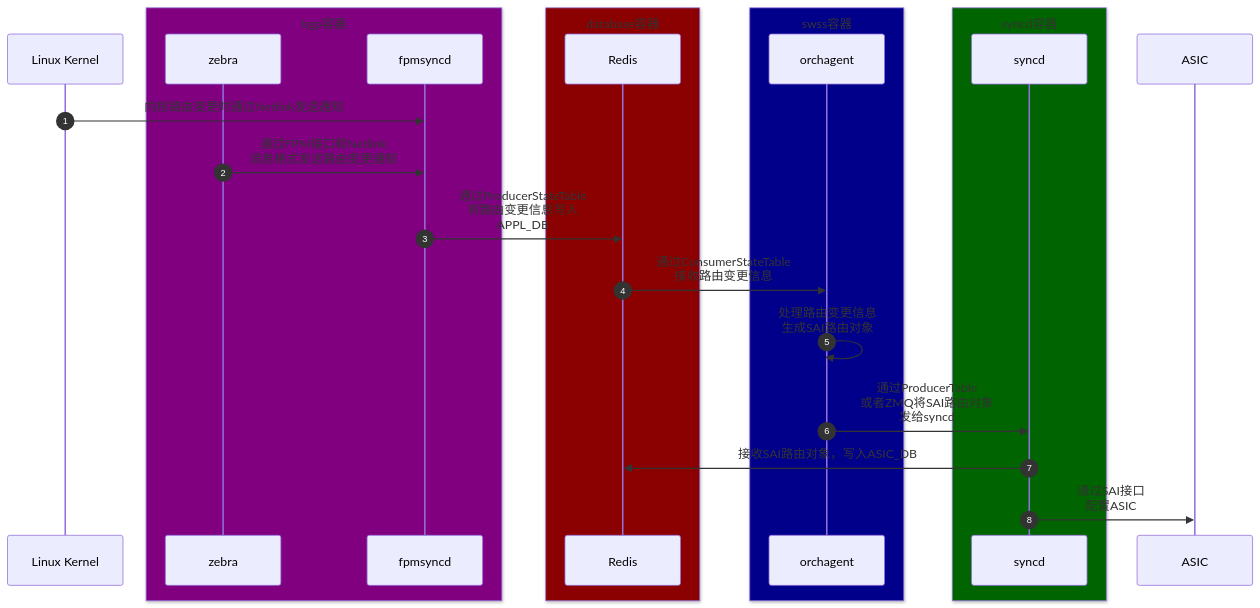
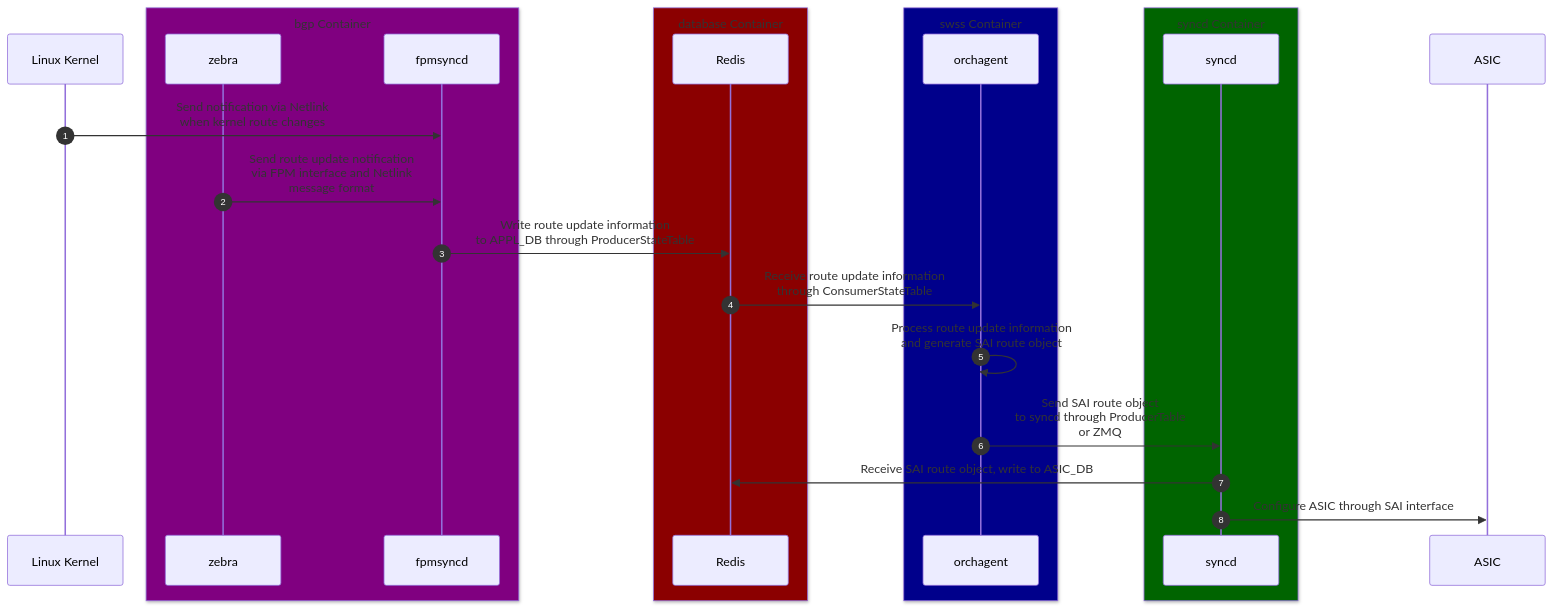
The second of 2 diagrams in src/5-2-2-bgp-route-update-workflow.md (r12f/sonic-book), drawn with Mermaid before and after one commit. The commit also changed other lines of this file, not shown here.

````diff
--- a/src/5-2-2-bgp-route-update-workflow.md
+++ b/src/5-2-2-bgp-route-update-workflow.md
@@ -737,32 +741,32 @@
 ```mermaid
 sequenceDiagram
     autonumber
     participant K as Linux Kernel
-    box purple bgp容器
+    box purple bgp Container
     participant Z as zebra
     participant FPM as fpmsyncd
     end
-    box darkred database容器
+    box darkred database Container
     participant R as Redis
     end
-    box darkblue swss容器
+    box darkblue swss Container
     participant OA as orchagent
     end
-    box darkgreen syncd容器
+    box darkgreen syncd Container
     participant SD as syncd
     end
     participant A as ASIC
 
-    K->>FPM: 内核路由变更时通过Netlink发送通知
-    Z->>FPM: 通过FPM接口和Netlink<br/>消息格式发送路由变更通知
+    K->>FPM: Send notification via Netlink<br/>when kernel route changes
+    Z->>FPM: Send route update notification<br/>via FPM interface and Netlink<br/>message format
 
-    FPM->>R: 通过ProducerStateTable<br/>将路由变更信息写入<br/>APPL_DB
+    FPM->>R: Write route update information<br/>to APPL_DB through ProducerStateTable
 
-    R->>OA: 通过ConsumerStateTable<br/>接收路由变更信息
-    
-    OA->>OA: 处理路由变更信息<br/>生成SAI路由对象
-    OA->>SD: 通过ProducerTable<br/>或者ZMQ将SAI路由对象<br/>发给syncd
+    R->>OA: Receive route update information<br/>through ConsumerStateTable
 
-    SD->>R: 接收SAI路由对象，写入ASIC_DB
-    SD->>A: 通过SAI接口<br/>配置ASIC
+    OA->>OA: Process route update information<br/>and generate SAI route object
+    OA->>SD: Send SAI route object<br/>to syncd through ProducerTable<br/>or ZMQ
+
+    SD->>R: Receive SAI route object, write to ASIC_DB
+    SD->>A: Configure ASIC through SAI interface
 ```
````
